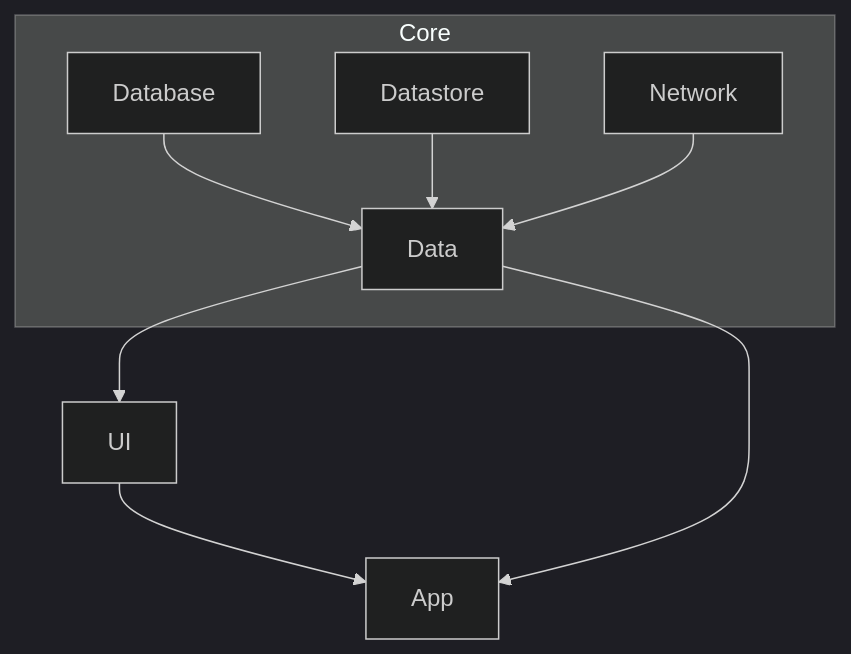
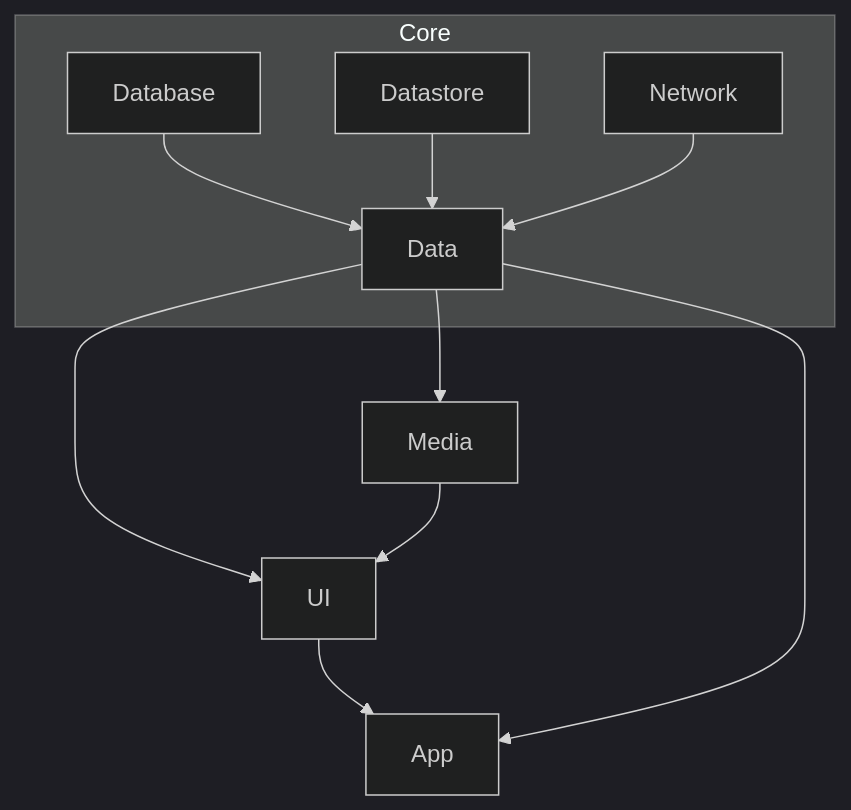
One commit to 100nandoo/shelfdroid changed the first of 2 diagrams in DOCS.md. Above: the diagram before and after it, drawn with Mermaid. The commit also changed other lines of this file and 32 other files, not shown here.

````diff
--- a/DOCS.md
+++ b/DOCS.md
@@ -9,22 +11,24 @@
 ```mermaid
 ---
 config:
   theme: dark
 ---
 flowchart TD
     A[App]
+    B[Database]
     D[Data]
+    M[Media]
+    N[Network]
     S[Datastore]
-    N[Network]
-    B[Database]
     U[UI]
     D --> U
     U --> A
     D --> A
-
+    M --> U
+    D --> M
     subgraph Core
         B --> D
         S --> D
         N --> D
     end
 ```
````
